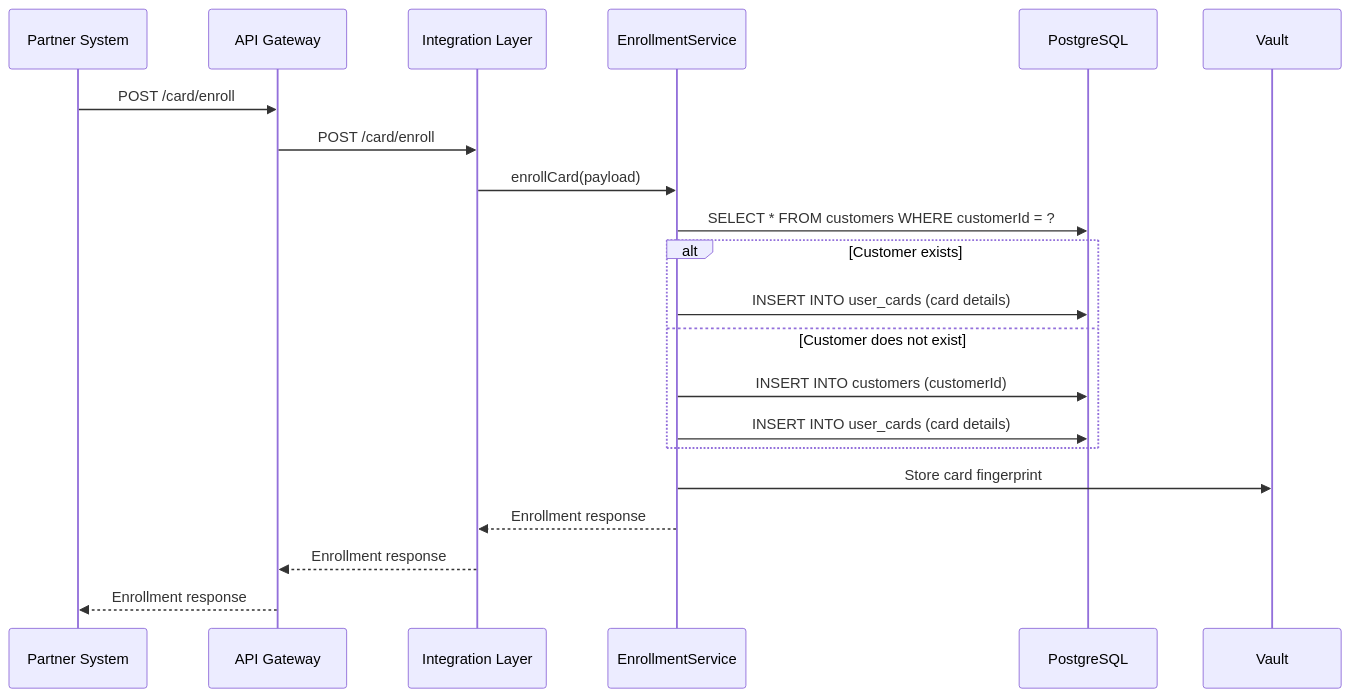
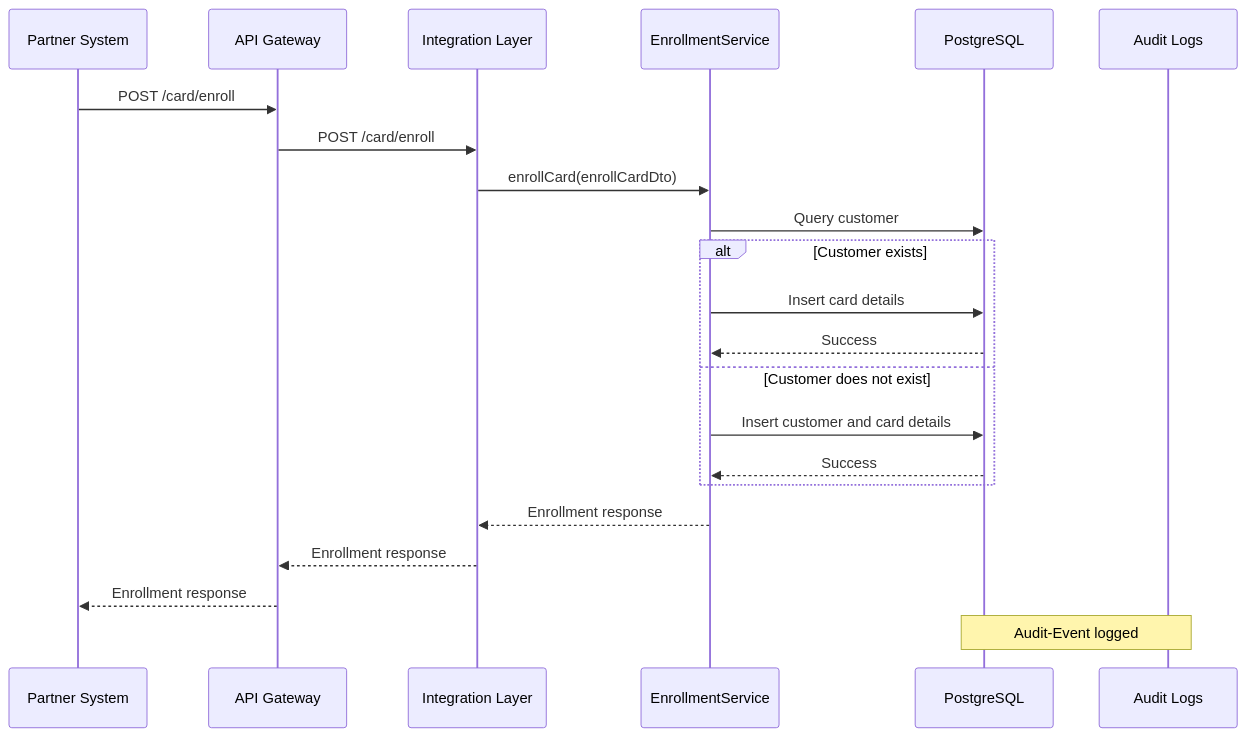
The first of 2 diagrams in docs/architecture.md (nandhini9074-create/demo7-enrollment), drawn with Mermaid before and after one commit. The commit also changed other lines of this file and 7 other files, not shown here.

````diff
--- a/docs/architecture.md
+++ b/docs/architecture.md
@@ -36,24 +40,25 @@
 ```mermaid
 sequenceDiagram
-    participant partner as Partner System
-    participant apiGw as API Gateway
-    participant integrationLayer as Integration Layer
-    participant enrollmentSvc as EnrollmentService
-    participant postgres as PostgreSQL
-    participant vault as Vault
+  participant partner as Partner System
+  participant apiGw as API Gateway
+  participant integrationLayer as Integration Layer
+  participant enrollmentSvc as EnrollmentService
+  participant db as PostgreSQL
+  participant logs as Audit Logs
 
-    partner ->> apiGw: POST /card/enroll
-    apiGw ->> integrationLayer: POST /card/enroll
-    integrationLayer ->> enrollmentSvc: enrollCard(payload)
-    enrollmentSvc ->> postgres: SELECT * FROM customers WHERE customerId = ?
-    alt Customer exists
-        enrollmentSvc ->> postgres: INSERT INTO user_cards (card details)
-    else Customer does not exist
-        enrollmentSvc ->> postgres: INSERT INTO customers (customerId)
-        enrollmentSvc ->> postgres: INSERT INTO user_cards (card details)
-    end
-    enrollmentSvc ->> vault: Store card fingerprint
-    enrollmentSvc -->> integrationLayer: Enrollment response
-    integrationLayer -->> apiGw: Enrollment response
-    apiGw -->> partner: Enrollment response
+  partner->>apiGw: POST /card/enroll
+  apiGw->>integrationLayer: POST /card/enroll
+  integrationLayer->>enrollmentSvc: enrollCard(enrollCardDto)
+  enrollmentSvc->>db: Query customer
+  alt Customer exists
+    enrollmentSvc->>db: Insert card details
+    db-->>enrollmentSvc: Success
+  else Customer does not exist
+    enrollmentSvc->>db: Insert customer and card details
+    db-->>enrollmentSvc: Success
+  end
+  enrollmentSvc-->>integrationLayer: Enrollment response
+  integrationLayer-->>apiGw: Enrollment response
+  apiGw-->>partner: Enrollment response
+  Note over db,logs: Audit-Event logged
 ```
````
